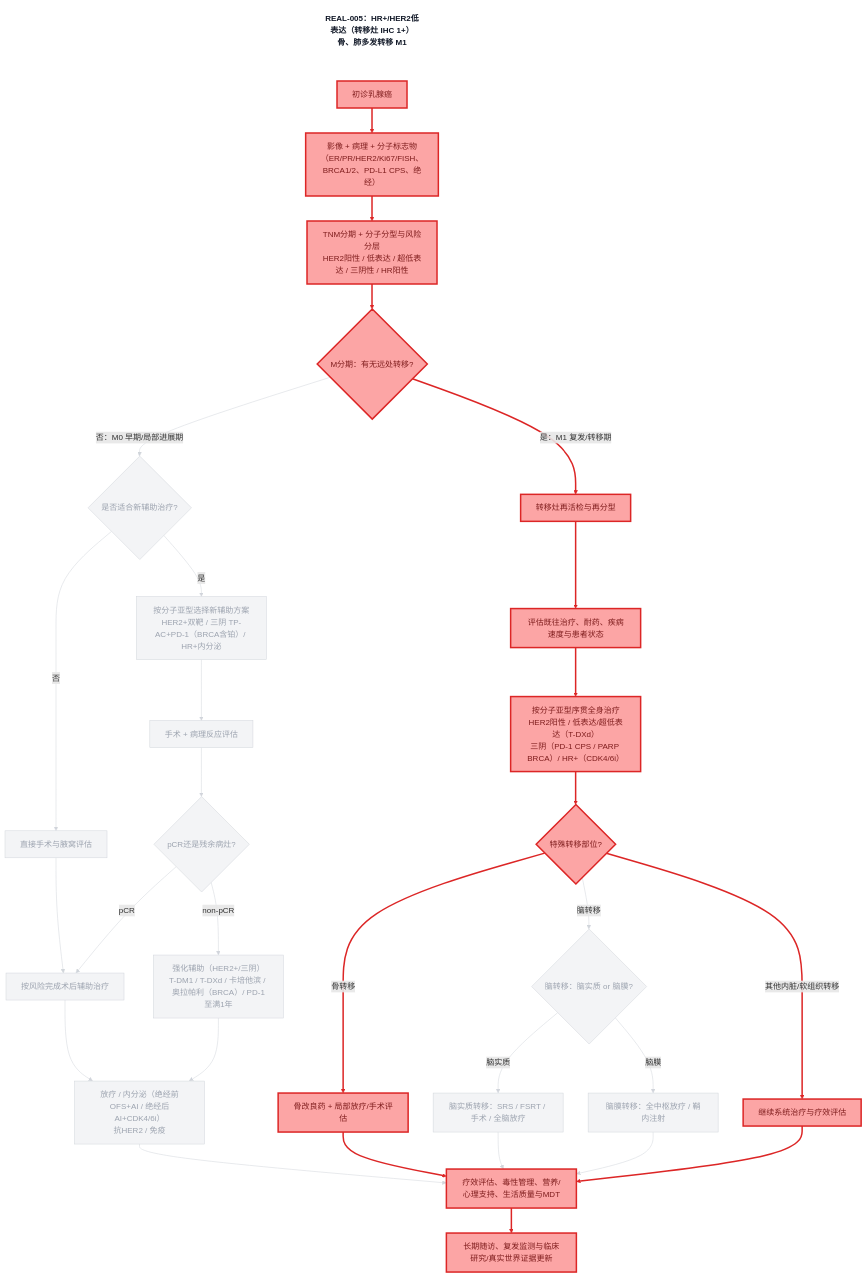
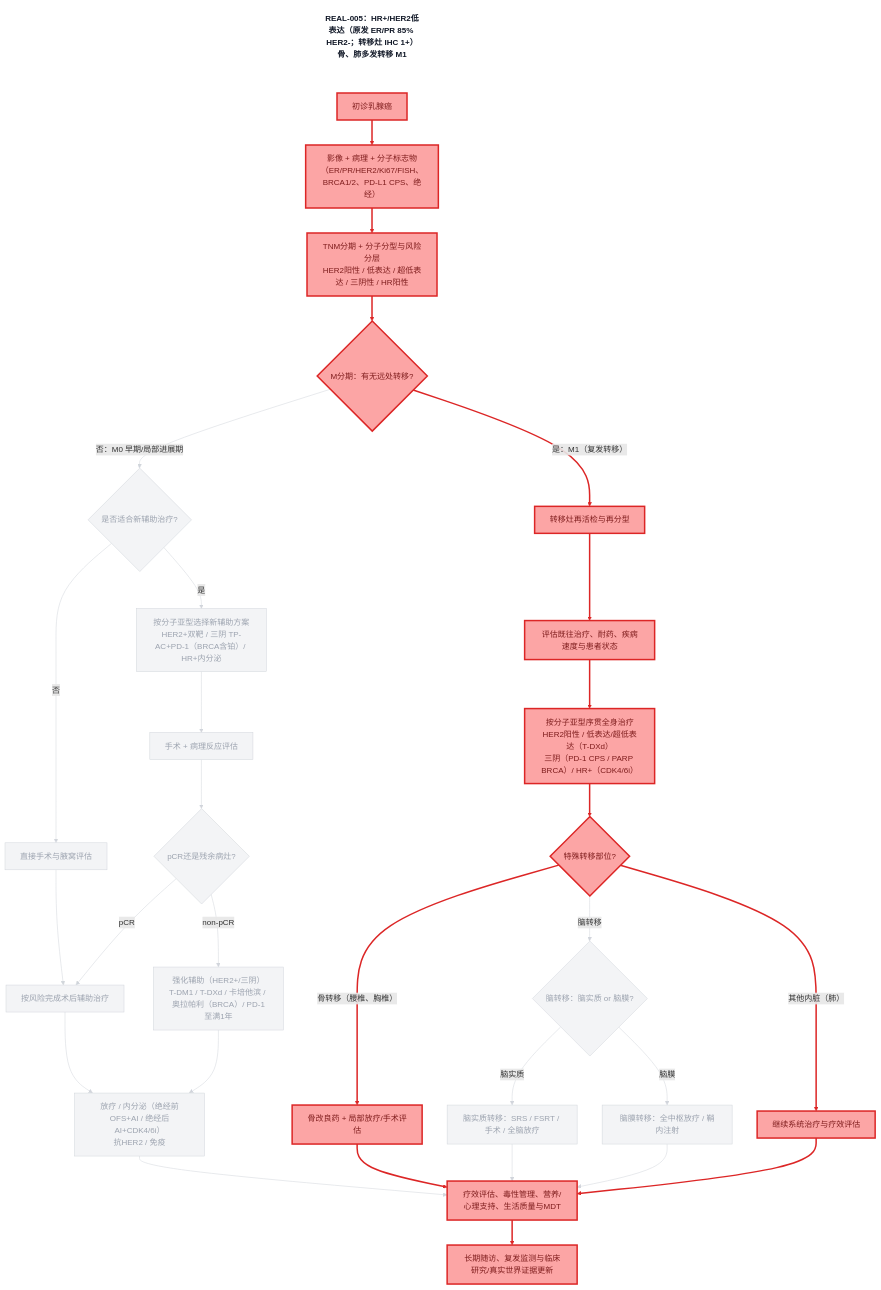
The diagram in diagrams/decision-chain-REAL-005.mmd (dongjb741280/breast-cancer), drawn with Mermaid before and after one commit. The commit also changed 21 other files, not shown here.

First line of the commit message:
Show raw evidence on decision-chain diagrams

```diff
--- a/diagrams/decision-chain-REAL-005.mmd
+++ b/diagrams/decision-chain-REAL-005.mmd
@@ -1,109 +1,109 @@
 graph TD
-    TITLE["REAL-005：HR+/HER2低表达（转移灶 IHC 1+）<br/>骨、肺多发转移 M1"]
+    TITLE["REAL-005：HR+/HER2低表达（原发 ER/PR 85% HER2-；转移灶 IHC 1+）<br/>骨、肺多发转移 M1"]
     A[初诊乳腺癌]
     B[影像 + 病理 + 分子标志物<br/>（ER/PR/HER2/Ki67/FISH、BRCA1/2、PD-L1 CPS、绝经）]
     C[TNM分期 + 分子分型与风险分层<br/>HER2阳性 / 低表达 / 超低表达 / 三阴性 / HR阳性]
     D{M分期：有无远处转移?}
     E{是否适合新辅助治疗?}
     F[按分子亚型选择新辅助方案<br/>HER2+双靶 / 三阴 TP-AC+PD-1（BRCA含铂）/ HR+内分泌]
     G[直接手术与腋窝评估]
     H[手术 + 病理反应评估]
     I{pCR还是残余病灶?}
     J[按风险完成术后辅助治疗]
     K[强化辅助（HER2+/三阴）<br/>T-DM1 / T-DXd / 卡培他滨 / 奥拉帕利（BRCA）/ PD-1至满1年]
     L[放疗 / 内分泌（绝经前OFS+AI / 绝经后AI+CDK4/6i）<br/>抗HER2 / 免疫]
     M[转移灶再活检与再分型]
     N[评估既往治疗、耐药、疾病速度与患者状态]
     O[按分子亚型序贯全身治疗<br/>HER2阳性 / 低表达/超低表达（T-DXd）<br/>三阴（PD-1 CPS / PARP BRCA）/ HR+（CDK4/6i）]
     P{特殊转移部位?}
     Q[骨改良药 + 局部放疗/手术评估]
     R{脑转移：脑实质 or 脑膜?}
     R1[脑实质转移：SRS / FSRT / 手术 / 全脑放疗]
     R2[脑膜转移：全中枢放疗 / 鞘内注射]
     S[继续系统治疗与疗效评估]
     T[疗效评估、毒性管理、营养/心理支持、生活质量与MDT]
     U[长期随访、复发监测与临床研究/真实世界证据更新]
     A --> B
     B --> C
     C --> D
     D -->|否：M0 早期/局部进展期| E
     E -->|是| F
     E -->|否| G
     F --> H
     G --> J
     H --> I
     I -->|pCR| J
     I -->|non-pCR| K
     J --> L
     K --> L
-    D -->|是：M1 复发/转移期| M
+    D -->|是：M1（复发转移）| M
     M --> N
     N --> O
     O --> P
-    P -->|骨转移| Q
+    P -->|骨转移（腰椎、胸椎）| Q
     P -->|脑转移| R
-    P -->|其他内脏/软组织转移| S
+    P -->|其他内脏（肺）| S
     R -->|脑实质| R1
     R -->|脑膜| R2
     L --> T
     Q --> T
     R1 --> T
     R2 --> T
     S --> T
     T --> U
     TITLE ~~~ A
     classDef path fill:#fca5a5,stroke:#dc2626,color:#7f1d1d,stroke-width:3px;
     classDef dim fill:#f3f4f6,stroke:#d1d5db,color:#9ca3af,stroke-width:1px;
     classDef caption fill:#fff,stroke:none,color:#111827,font-weight:bold;
     class TITLE caption;
     class A path;
     class B path;
     class C path;
     class D path;
     class E dim;
     class F dim;
     class G dim;
     class H dim;
     class I dim;
     class J dim;
     class K dim;
     class L dim;
     class M path;
     class N path;
     class O path;
     class P path;
     class Q path;
     class R dim;
     class R1 dim;
     class R2 dim;
     class S path;
     class T path;
     class U path;
     linkStyle 0 stroke:#dc2626,stroke-width:3px;
     linkStyle 1 stroke:#dc2626,stroke-width:3px;
     linkStyle 2 stroke:#dc2626,stroke-width:3px;
     linkStyle 3 stroke:#d1d5db,stroke-width:1px;
     linkStyle 4 stroke:#d1d5db,stroke-width:1px;
     linkStyle 5 stroke:#d1d5db,stroke-width:1px;
     linkStyle 6 stroke:#d1d5db,stroke-width:1px;
     linkStyle 7 stroke:#d1d5db,stroke-width:1px;
     linkStyle 8 stroke:#d1d5db,stroke-width:1px;
     linkStyle 9 stroke:#d1d5db,stroke-width:1px;
     linkStyle 10 stroke:#d1d5db,stroke-width:1px;
     linkStyle 11 stroke:#d1d5db,stroke-width:1px;
     linkStyle 12 stroke:#d1d5db,stroke-width:1px;
     linkStyle 13 stroke:#dc2626,stroke-width:3px;
     linkStyle 14 stroke:#dc2626,stroke-width:3px;
     linkStyle 15 stroke:#dc2626,stroke-width:3px;
     linkStyle 16 stroke:#dc2626,stroke-width:3px;
     linkStyle 17 stroke:#dc2626,stroke-width:3px;
     linkStyle 18 stroke:#d1d5db,stroke-width:1px;
     linkStyle 19 stroke:#dc2626,stroke-width:3px;
     linkStyle 20 stroke:#d1d5db,stroke-width:1px;
     linkStyle 21 stroke:#d1d5db,stroke-width:1px;
     linkStyle 22 stroke:#d1d5db,stroke-width:1px;
     linkStyle 23 stroke:#dc2626,stroke-width:3px;
     linkStyle 24 stroke:#d1d5db,stroke-width:1px;
     linkStyle 25 stroke:#d1d5db,stroke-width:1px;
     linkStyle 26 stroke:#dc2626,stroke-width:3px;
     linkStyle 27 stroke:#dc2626,stroke-width:3px;
```
